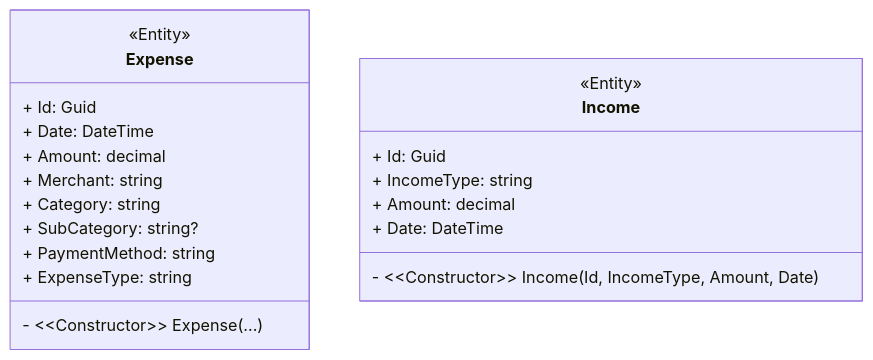
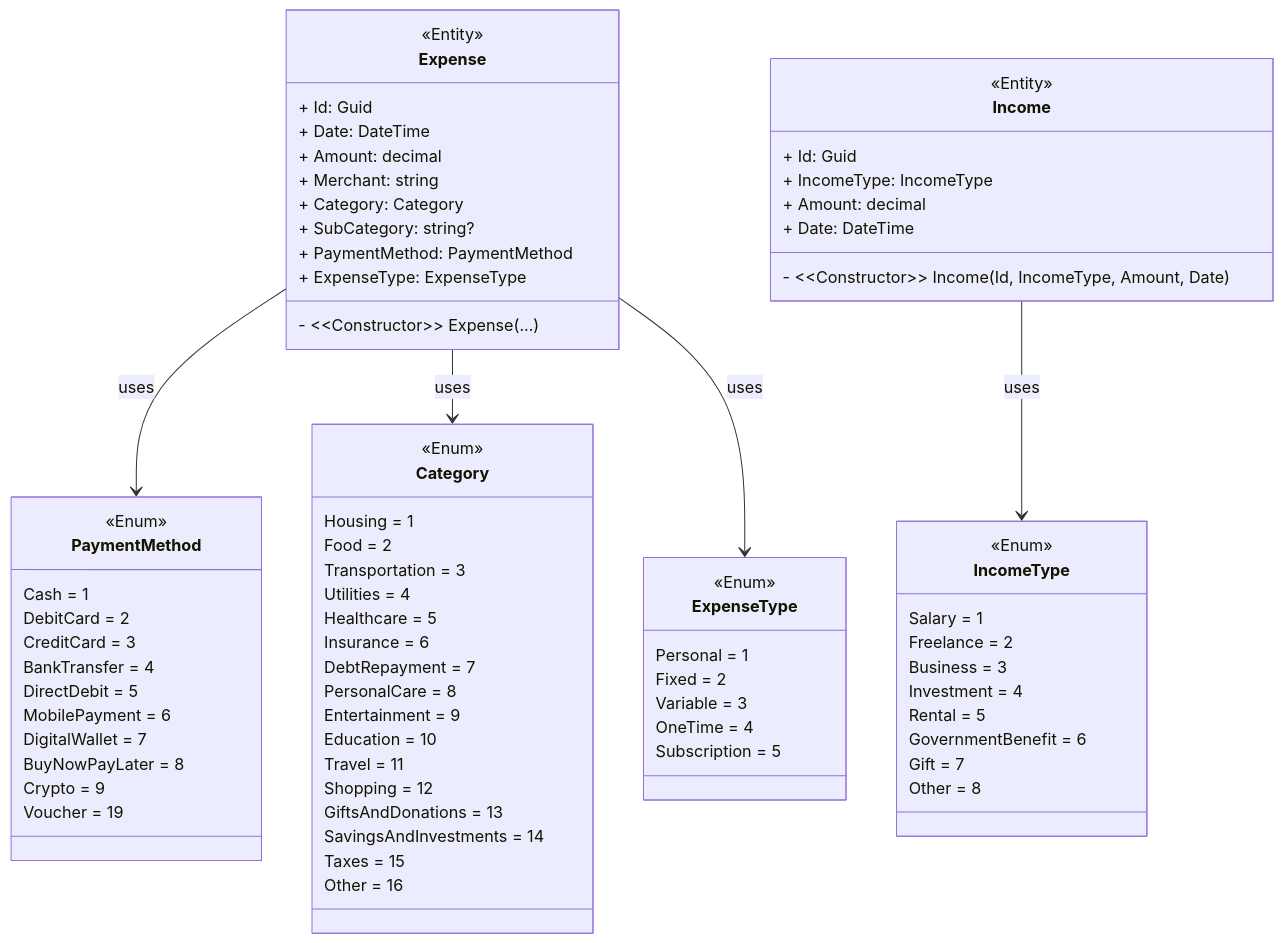
One commit to jannikwk/budget-tracker-api changed the diagram in README.md. Above: the diagram before and after it, drawn with Mermaid. The commit also changed 10 other files, not shown here.

First line of the commit message:
refactor: use enums for budget expense & income types (#1)

````diff
--- a/README.md
+++ b/README.md
@@ -11,19 +11,81 @@
         + Date: DateTime
         + Amount: decimal
         + Merchant: string
-        + Category: string
+        + Category: Category
         + SubCategory: string?
-        + PaymentMethod: string
-        + ExpenseType: string
+        + PaymentMethod: PaymentMethod
+        + ExpenseType: ExpenseType
         - ~~Constructor~~ Expense(...)
     }
+    
+    class PaymentMethod {
+        <<Enum>>
+        Cash = 1
+        DebitCard = 2
+        CreditCard = 3
+        BankTransfer = 4
+        DirectDebit = 5
+        MobilePayment = 6
+        DigitalWallet = 7
+        BuyNowPayLater = 8
+        Crypto = 9
+        Voucher = 19
+        
+    }
+
+    class ExpenseType {
+        <<Enum>>
+        Personal = 1
+        Fixed = 2
+        Variable = 3
+        OneTime = 4
+        Subscription = 5
+    }
+
+    class Category {
+        <<Enum>>
+        Housing = 1
+        Food = 2
+        Transportation = 3
+        Utilities = 4
+        Healthcare = 5
+        Insurance = 6
+        DebtRepayment = 7
+        PersonalCare = 8
+        Entertainment = 9
+        Education = 10
+        Travel = 11
+        Shopping = 12
+        GiftsAndDonations = 13
+        SavingsAndInvestments = 14
+        Taxes = 15
+        Other = 16
+    }
+    
+    Expense --> PaymentMethod : uses
+    Expense --> Category : uses
+    Expense --> ExpenseType : uses
 
     class Income {
         <<Entity>>
         + Id: Guid
-        + IncomeType: string
+        + IncomeType: IncomeType
         + Amount: decimal
         + Date: DateTime
         - ~~Constructor~~ Income(Id, IncomeType, Amount, Date)
     }
+
+    class IncomeType {
+        <<Enum>>
+        Salary = 1
+        Freelance = 2
+        Business = 3
+        Investment = 4
+        Rental = 5
+        GovernmentBenefit = 6
+        Gift = 7
+        Other = 8
+    }
+
+    Income --> IncomeType : uses
 ```
````
